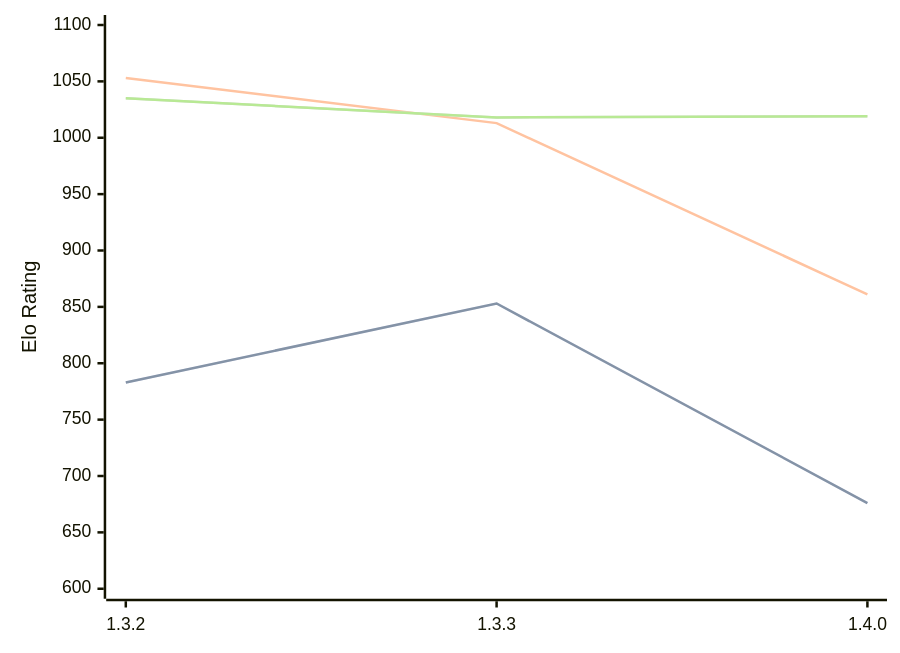
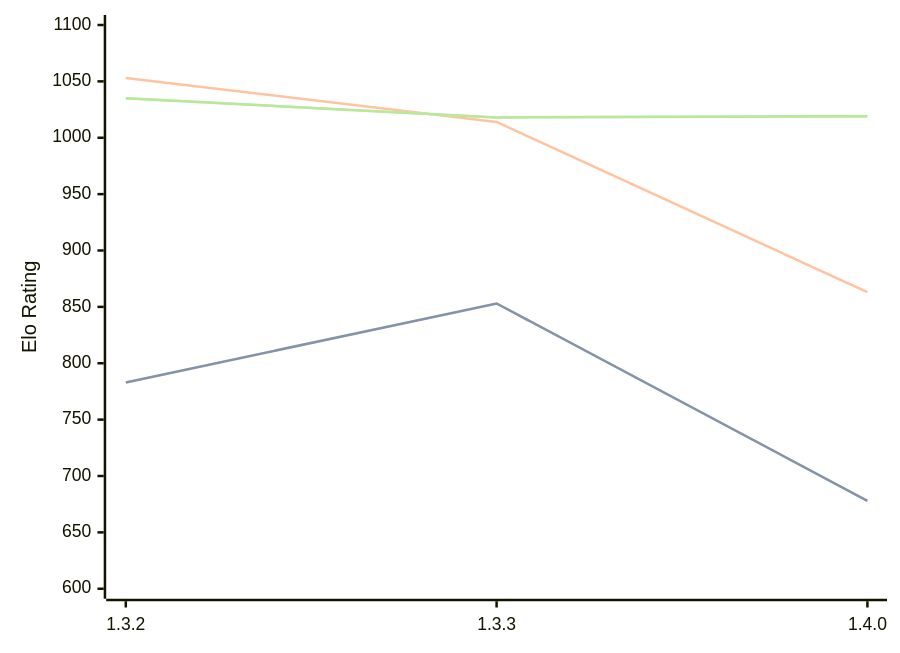
The diagram in engines/Whitespine.md (computer-chess-index/cci), drawn with Mermaid before and after one commit. The commit also changed other lines of this file, not shown here.

````diff
--- a/engines/Whitespine.md
+++ b/engines/Whitespine.md
@@ -36,11 +36,11 @@
 ```mermaid
 %%{init: {"theme":"base","themeVariables":{"seriesColors:['#a3a3a3','#222221','#faa371']}}}%%
 xychart-beta
   x-axis ["1.3.2", "1.3.3", "1.4.0"]
   y-axis "Elo Rating" 600 --> 1100
-  line "STC (8.0+0.08s)" [783, 853, 676]
-  line "STC (8.0+0.08s)" [783, 853, 676]
-  line "LTC (60.0+0.60s)" [1053, 1013, 861]
+  line "STC (8.0+0.08s)" [783, 853, 678]
+  line "STC (8.0+0.08s)" [783, 853, 678]
+  line "LTC (60.0+0.60s)" [1053, 1014, 863]
   line "VLTC (2m24s+1.12s)" [1035, 1018, 1019]
   line "VLTC (2m24s+1.12s)" [1035, 1018, 1019]
 ```
````
